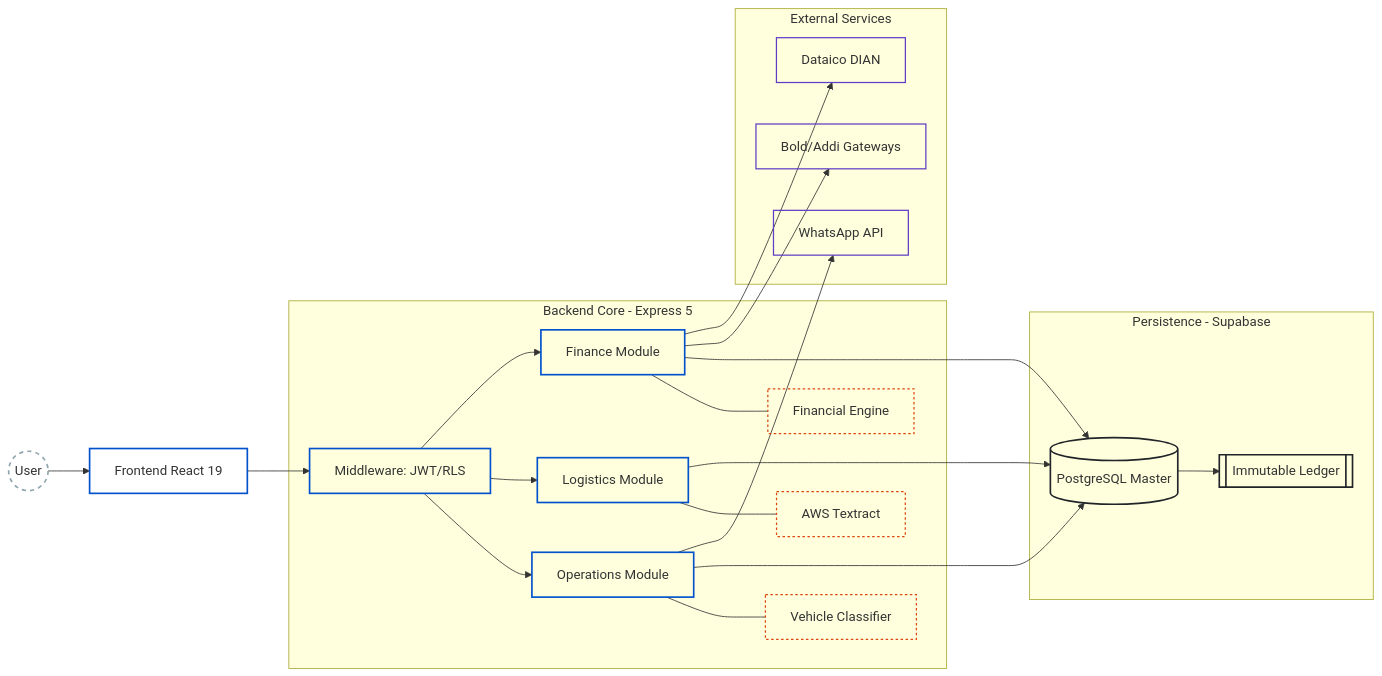
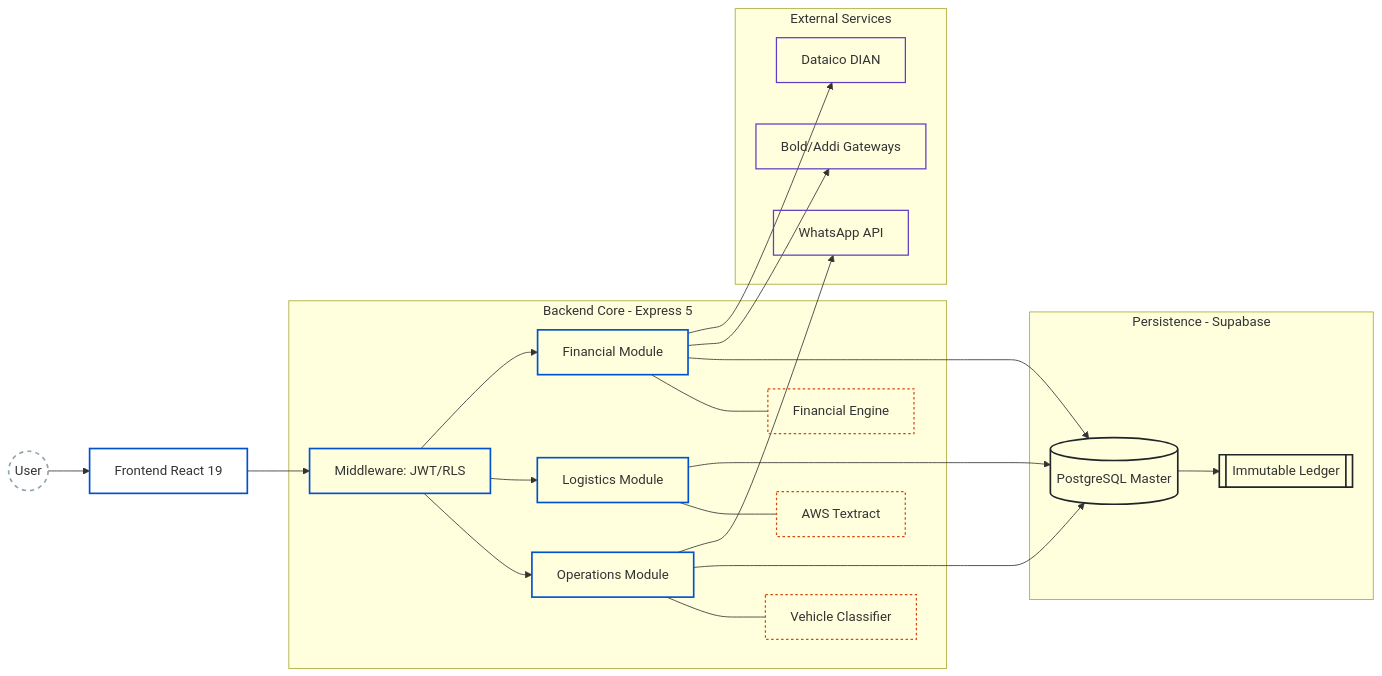
The first of 4 diagrams in README.md (brandonjimenez21/efiscoArchitecture), drawn with Mermaid before and after one commit. The commit also changed other lines of this file, not shown here.

````diff
--- a/README.md
+++ b/README.md
@@ -24,43 +51,43 @@
 ```mermaid
 graph LR
     classDef default stroke:#455a64,stroke-width:1px,fill:none;
     classDef highlight stroke:#0052cc,stroke-width:2px,fill:none;
     classDef engine stroke:#d9480f,stroke-width:1.5px,stroke-dasharray: 3 3,fill:none;
     classDef database stroke:#212529,stroke-width:2px,fill:none;
     classDef external stroke:#5f3dc4,stroke-width:1.5px,fill:none;
     classDef user stroke:#90a4ae,stroke-width:2px,stroke-dasharray: 5 5,fill:none;
 
     User((User)) --> FE[Frontend React 19]
     FE --> Auth[Middleware: JWT/RLS]
 
     subgraph Core [Backend Core - Express 5]
         Auth --> Ops[Operations Module]
         Auth --> Inv[Logistics Module]
-        Auth --> Fin[Finance Module]
+        Auth --> Fin[Financial Module]
 
         Ops --- VClass[Vehicle Classifier]
         Inv --- OCR[AWS Textract]
         Fin --- FEng[Financial Engine]
     end
 
     subgraph Data [Persistence - Supabase]
         DB[(PostgreSQL Master)] --> Kardex[[Immutable Ledger]]
     end
 
     subgraph Externals [External Services]
         WA[WhatsApp API]
         Pay[Bold/Addi Gateways]
         DIAN[Dataico DIAN]
     end
 
     Ops & Inv & Fin ----> DB
     Ops --> WA
     Fin --> Pay
     Fin --> DIAN
 
     class User user;
     class FE,Auth,Ops,Inv,Fin highlight;
     class VClass,OCR,FEng engine;
     class DB,Kardex database;
     class WA,Pay,DIAN external;
 ```
````
